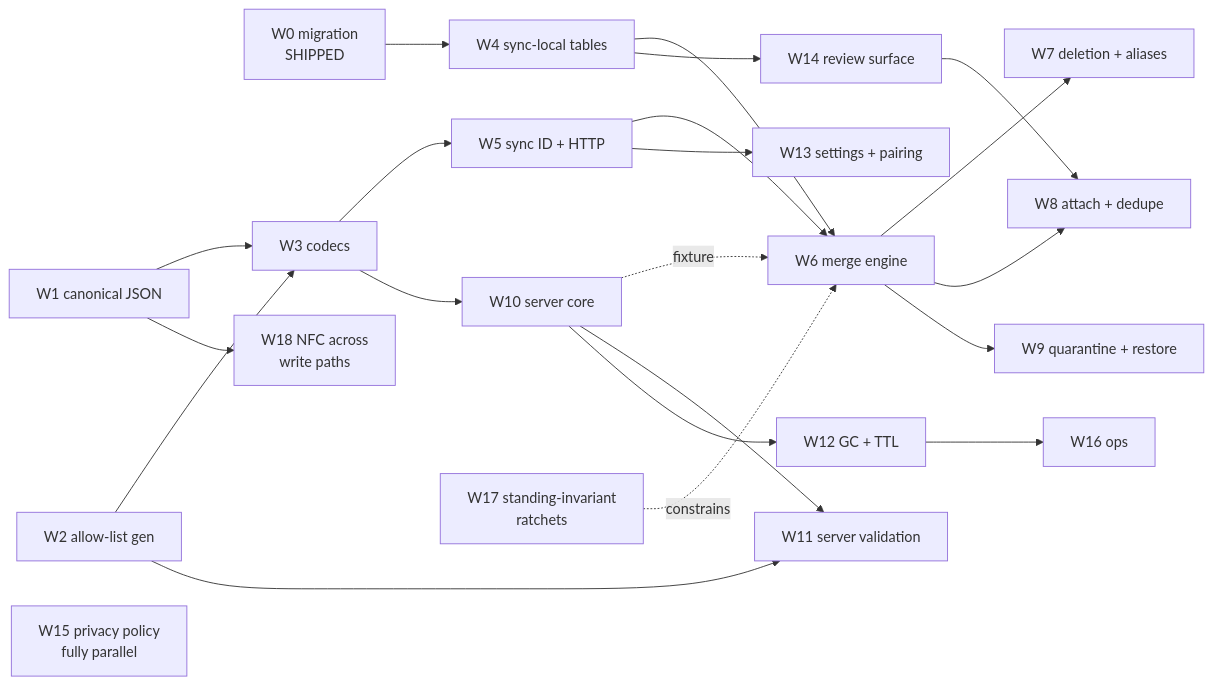
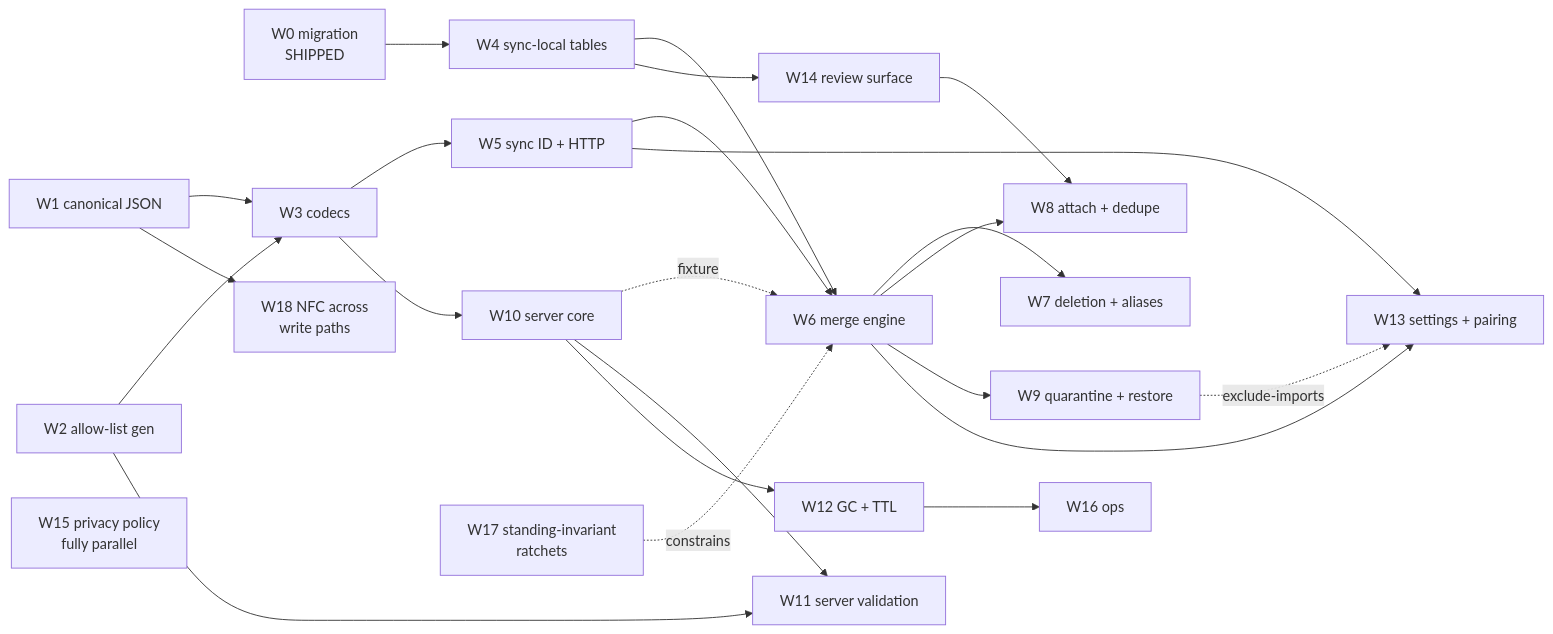
One commit to ibanner56/CallersCompendium changed the diagram in docs/design/sync-implementation.md. Above: the diagram before and after it, drawn with Mermaid. The commit also changed other lines of this file and 4 other files, not shown here.

````diff
--- a/docs/design/sync-implementation.md
+++ b/docs/design/sync-implementation.md
@@ -955,24 +966,26 @@
 ```mermaid
 graph LR
   W0[W0 migration<br/>SHIPPED] --> W4[W4 sync-local tables]
   W1[W1 canonical JSON] --> W3[W3 codecs]
   W2[W2 allow-list gen] --> W3
   W2 --> W11[W11 server validation]
   W3 --> W5[W5 sync ID + HTTP]
   W3 --> W10[W10 server core]
   W4 --> W6[W6 merge engine]
   W5 --> W6
   W10 -.fixture.-> W6
   W10 --> W11
   W10 --> W12[W12 GC + TTL]
   W6 --> W7[W7 deletion + aliases]
   W6 --> W8[W8 attach + dedupe]
   W6 --> W9[W9 quarantine + restore]
   W4 --> W14[W14 review surface]
   W14 --> W8
-  W5 --> W13[W13 settings + pairing]
+    W5 --> W13[W13 settings + pairing]
+  W6 --> W13
+  W9 -.exclude-imports.-> W13
   W12 --> W16[W16 ops]
   W15[W15 privacy policy<br/>fully parallel]
   W17[W17 standing-invariant<br/>ratchets] -.constrains.-> W6
   W1 --> W18[W18 NFC across<br/>write paths]
 ```
````
